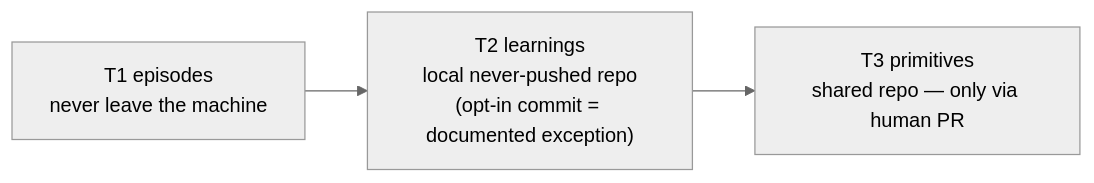
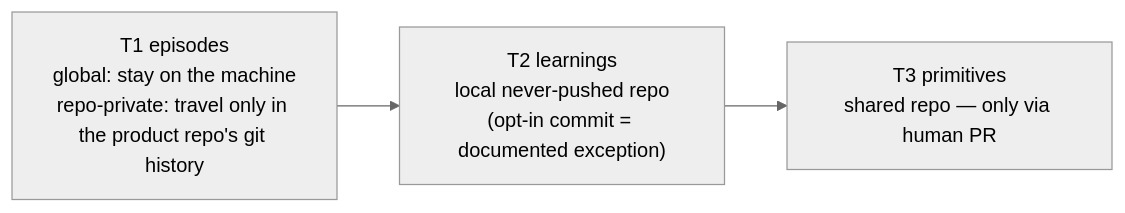
The third of 3 diagrams in docs/brainstorms/2026-07-26-knowledge-layer-design.md (noodlemind/prompt-library), drawn with Mermaid (neutral theme) before and after one commit. The commit also changed 13 other files, not shown here.

````diff
--- a/docs/brainstorms/2026-07-26-knowledge-layer-design.md
+++ b/docs/brainstorms/2026-07-26-knowledge-layer-design.md
@@ -248,5 +248,5 @@
 ```mermaid
 flowchart LR
-    A["T1 episodes<br/>never leave the machine"] --> B["T2 learnings<br/>local never-pushed repo<br/>(opt-in commit = documented exception)"]
+    A["T1 episodes<br/>global: stay on the machine<br/>repo-private: travel only in the product repo's git history"] --> B["T2 learnings<br/>local never-pushed repo<br/>(opt-in commit = documented exception)"]
     B --> C["T3 primitives<br/>shared repo — only via human PR"]
 ```
````
